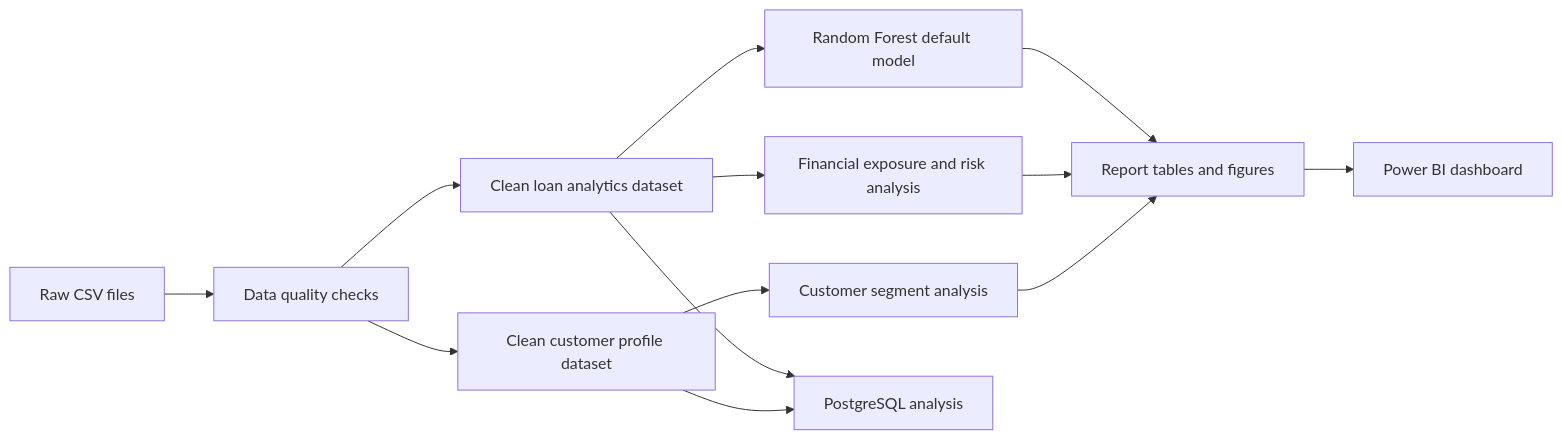
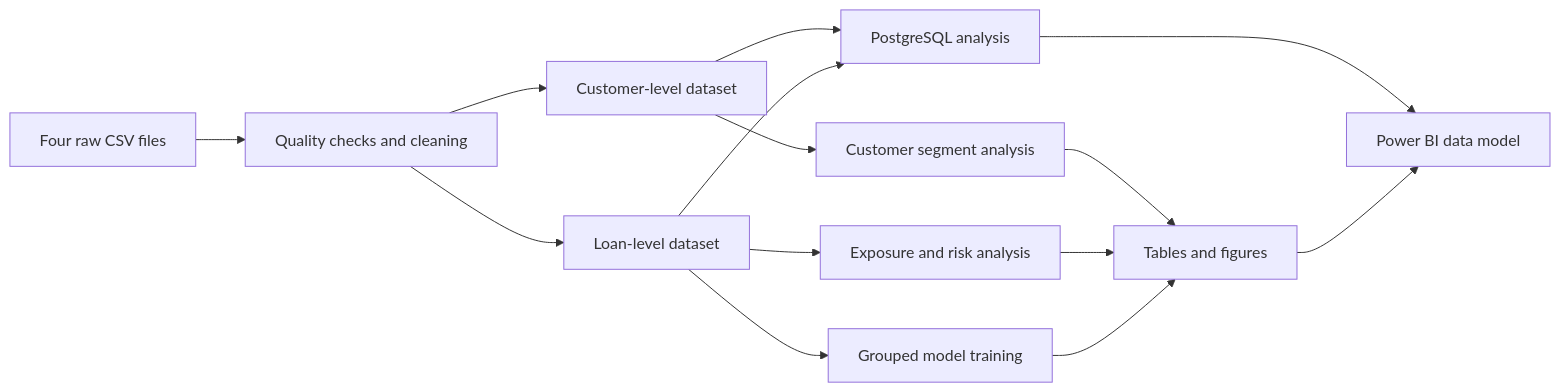
The diagram in Projects/banking-customer-analytics/README.md (ANUKOOL324/Data_Analytics), drawn with Mermaid before and after one commit. The commit also changed other lines of this file and 10 other files, not shown here.

````diff
--- a/Projects/banking-customer-analytics/README.md
+++ b/Projects/banking-customer-analytics/README.md
@@ -218,15 +100,16 @@
 ```mermaid
 flowchart LR
-    A[Raw CSV files] --> B[Data quality checks]
-    B --> C[Clean customer profile dataset]
-    B --> D[Clean loan analytics dataset]
+    A[Four raw CSV files] --> B[Quality checks and cleaning]
+    B --> C[Customer-level dataset]
+    B --> D[Loan-level dataset]
     C --> E[Customer segment analysis]
-    D --> F[Financial exposure and risk analysis]
-    D --> G[Random Forest default model]
+    D --> F[Exposure and risk analysis]
+    D --> G[Grouped model training]
     C --> H[PostgreSQL analysis]
     D --> H
-    E --> I[Report tables and figures]
+    E --> I[Tables and figures]
     F --> I
     G --> I
-    I --> J[Power BI dashboard]
+    H --> J[Power BI data model]
+    I --> J
 ```
````
